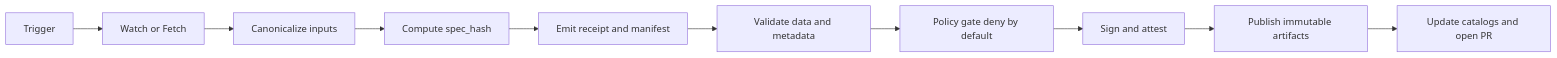
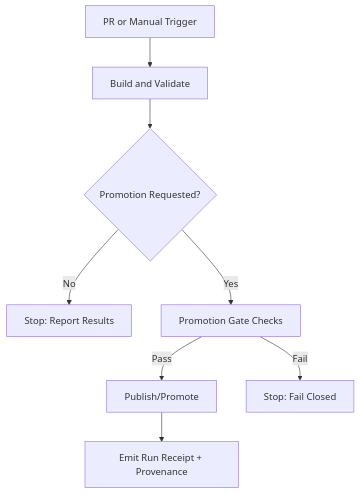
One commit to bartytime4life/Kansas-Frontier-Matrix changed the diagram in .github/workflows/README.md. Above: the diagram before and after it, drawn with Mermaid. The commit also changed other lines of this file, not shown here.

````diff
--- a/.github/workflows/README.md
+++ b/.github/workflows/README.md
@@ -93,12 +157,10 @@
 ```mermaid
-flowchart LR
-  A[Trigger] --> B[Watch or Fetch]
-  B --> C[Canonicalize inputs]
-  C --> D[Compute spec_hash]
-  D --> E[Emit receipt and manifest]
-  E --> F[Validate data and metadata]
-  F --> G[Policy gate deny by default]
-  G --> H[Sign and attest]
-  H --> I[Publish immutable artifacts]
-  I --> J[Update catalogs and open PR]
+flowchart TD
+  A[PR or Manual Trigger] --> B[Build and Validate]
+  B --> C{Promotion Requested?}
+  C -- No --> D[Stop: Report Results]
+  C -- Yes --> E[Promotion Gate Checks]
+  E -->|Pass| F[Publish/Promote]
+  E -->|Fail| G[Stop: Fail Closed]
+  F --> H[Emit Run Receipt + Provenance]
 ```
````
